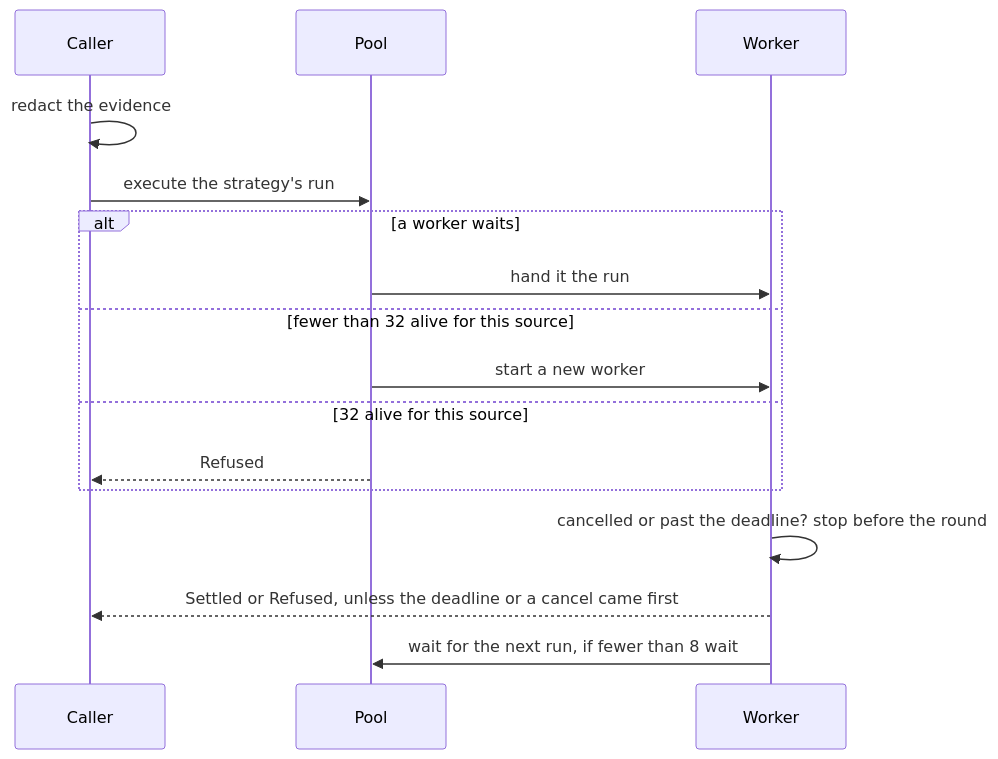
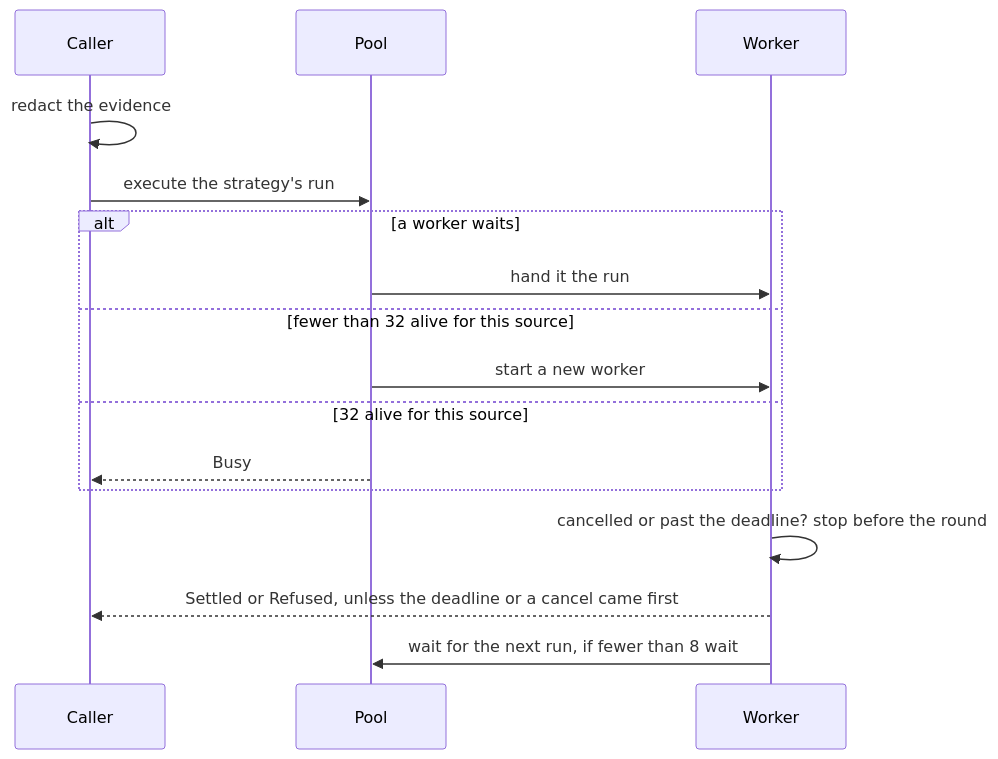
The diagram in crates/runtime/src/run/README.md (wrkhse/chauffeur), drawn with Mermaid before and after one commit. The commit also changed other lines of this file and 8 other files, not shown here.

````diff
--- a/crates/runtime/src/run/README.md
+++ b/crates/runtime/src/run/README.md
@@ -15,18 +15,18 @@
 ```mermaid
 sequenceDiagram
     participant C as Caller
     participant P as Pool
     participant W as Worker
     C->>C: redact the evidence
     C->>P: execute the strategy's run
     alt a worker waits
         P->>W: hand it the run
     else fewer than 32 alive for this source
         P->>W: start a new worker
     else 32 alive for this source
-        P-->>C: Refused
+        P-->>C: Busy
     end
     W->>W: cancelled or past the deadline? stop before the round
     W-->>C: Settled or Refused, unless the deadline or a cancel came first
     W->>P: wait for the next run, if fewer than 8 wait
 ```
````
